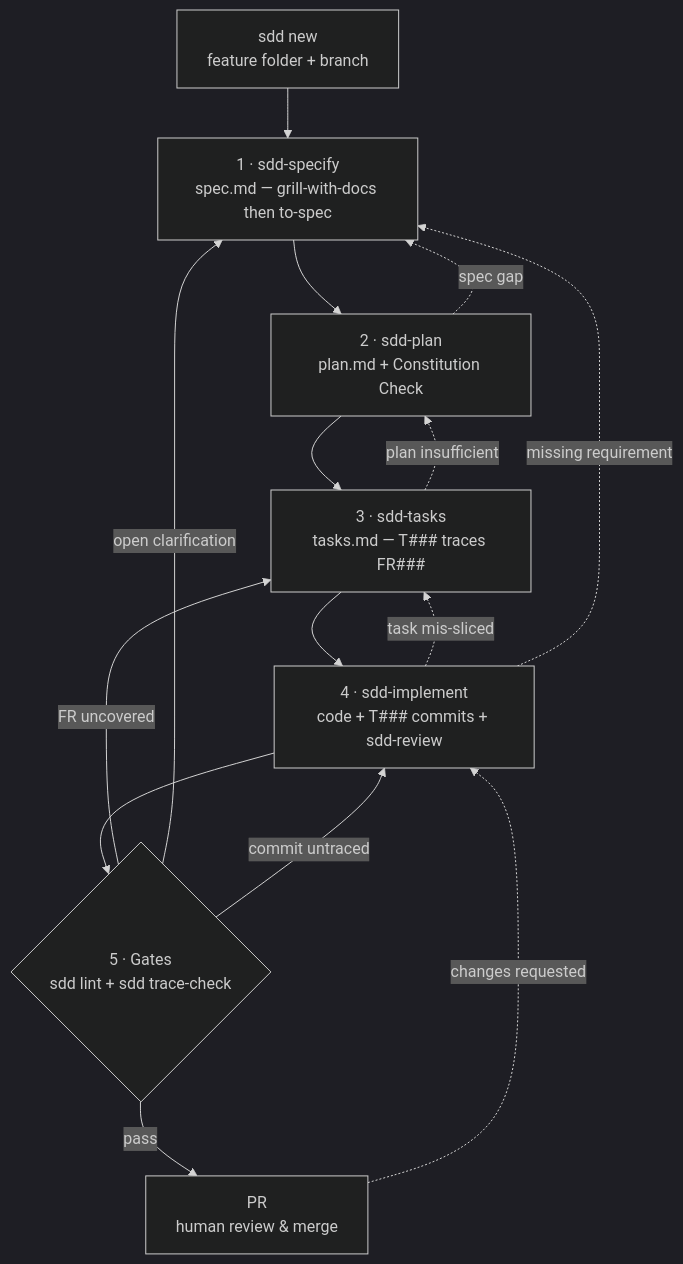
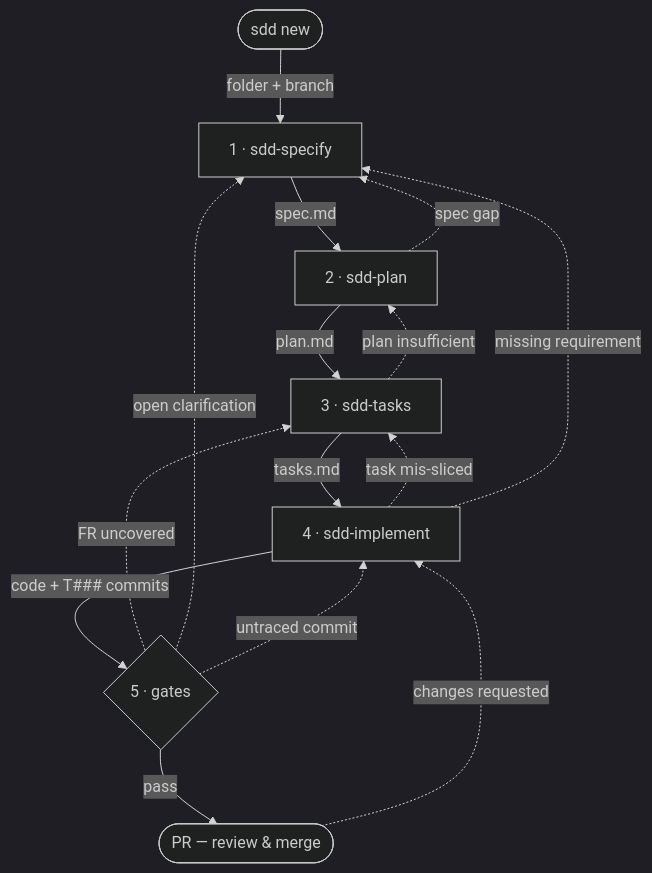
One commit to kklasing/sdd-toolkit changed the diagram in README.md. Above: the diagram before and after it, drawn with Mermaid (dark theme). The commit also changed other lines of this file, not shown here.

Commit message:
Restructure README loop flowchart for clarity
GitHub wasn't rendering the <br/> line breaks, so skill names and their
.md files ran together ("sdd-specifyspec.md"). Rebuild the chart with
clean single-line skill nodes, the produced .md on each solid forward
edge, and uniformly dashed, labelled step-back edges — plus a one-line
legend on how to read it.

````diff
--- a/README.md
+++ b/README.md
@@ -42,22 +46,26 @@
 ```mermaid
 flowchart TD
-    new["sdd new<br/>feature folder + branch"]
-    specify["1 · sdd-specify<br/>spec.md — grill-with-docs then to-spec"]
-    plan["2 · sdd-plan<br/>plan.md + Constitution Check"]
-    tasks["3 · sdd-tasks<br/>tasks.md — T### traces FR###"]
-    implement["4 · sdd-implement<br/>code + T### commits + sdd-review"]
-    gates{"5 · Gates<br/>sdd lint + sdd trace-check"}
-    pr["PR<br/>human review & merge"]
+    new(["sdd new"])
+    specify["1 · sdd-specify"]
+    plan["2 · sdd-plan"]
+    tasks["3 · sdd-tasks"]
+    implement["4 · sdd-implement"]
+    gates{"5 · gates"}
+    pr(["PR — review &amp; merge"])
 
-    new --> specify --> plan --> tasks --> implement --> gates
+    new -->|folder + branch| specify
+    specify -->|spec.md| plan
+    plan -->|plan.md| tasks
+    tasks -->|tasks.md| implement
+    implement -->|code + T### commits| gates
     gates -->|pass| pr
 
-    plan -.->|spec gap| specify
-    tasks -.->|plan insufficient| plan
-    implement -.->|task mis-sliced| tasks
-    implement -.->|missing requirement| specify
-    gates -->|FR uncovered| tasks
-    gates -->|open clarification| specify
-    gates -->|commit untraced| implement
-    pr -.->|changes requested| implement
+    plan -. spec gap .-> specify
+    tasks -. plan insufficient .-> plan
+    implement -. task mis-sliced .-> tasks
+    implement -. missing requirement .-> specify
+    gates -. FR uncovered .-> tasks
+    gates -. open clarification .-> specify
+    gates -. untraced commit .-> implement
+    pr -. changes requested .-> implement
 ```
````
